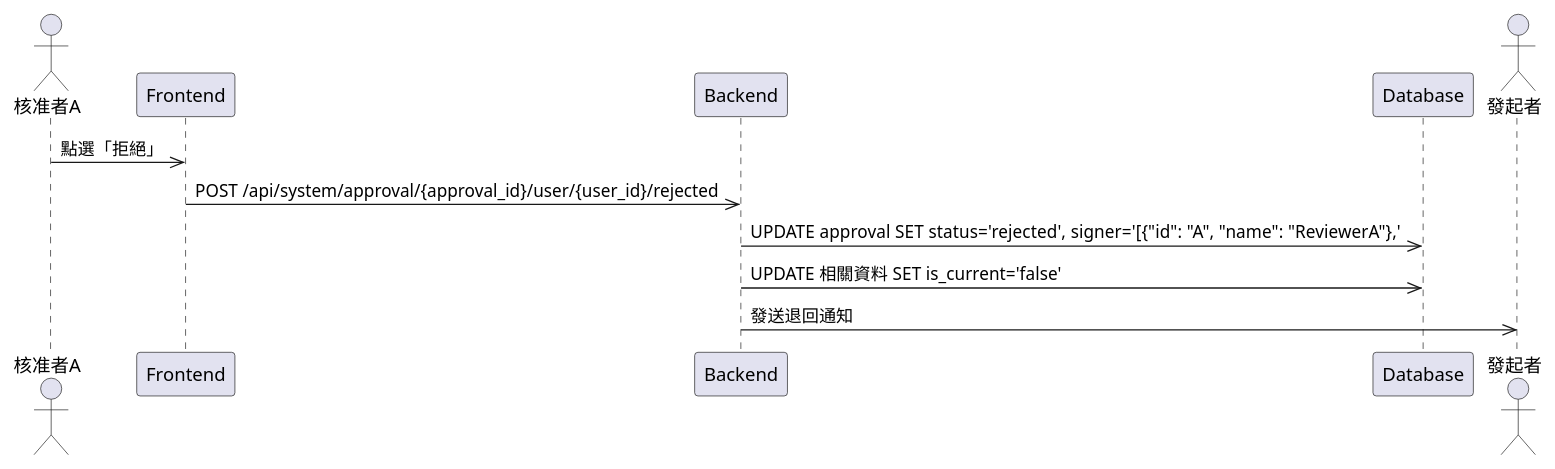
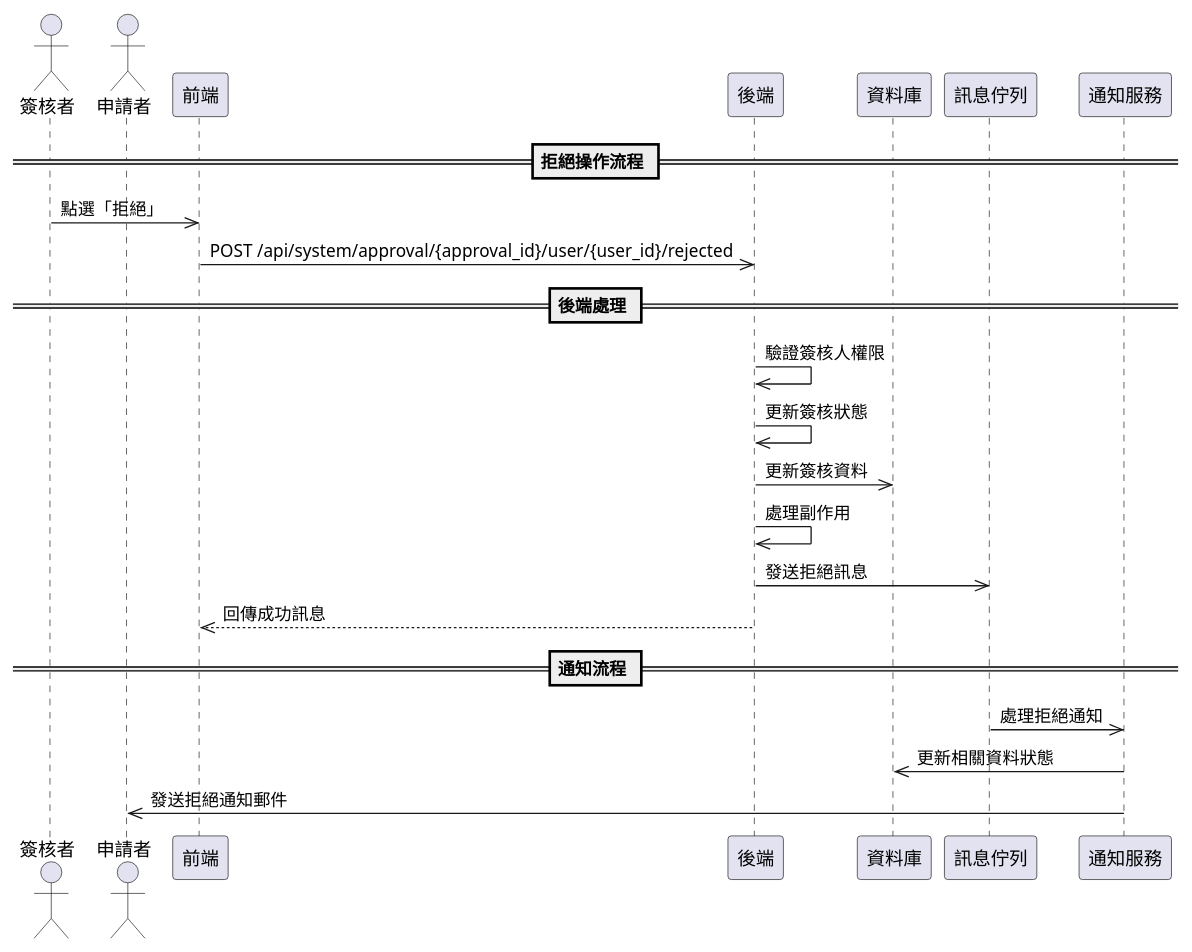
Before and after one commit to walle45611/NTUB_SecuManag_Diagram: the diagram in plantUML/sequence/approval_reject.puml, drawn with PlantUML. The commit also changed 1 other file, not shown here.

Commit message:
feat: 更新核准與拒絕流程圖，新增通知服務參與者並調整相關流程

```diff
--- a/plantUML/sequence/approval_reject.puml
+++ b/plantUML/sequence/approval_reject.puml
@@ -1,13 +1,27 @@
 @startuml
-actor ReviewerA as "核准者A"
-participant Frontend
-participant Backend
-participant Database
-actor User as "發起者"
+actor Reviewer as "簽核者"
+actor User as "申請者"
 
-ReviewerA ->> Frontend: 點選「拒絕」
+participant Frontend as "前端"
+participant Backend as "後端"
+participant Database as "資料庫"
+participant RabbitMQ as "訊息佇列"
+participant NotificationService as "通知服務"
+
+== 拒絕操作流程 ==
+Reviewer ->> Frontend: 點選「拒絕」
 Frontend ->> Backend: POST /api/system/approval/{approval_id}/user/{user_id}/rejected
-Backend ->> Database: UPDATE approval SET status='rejected', signer='[{"id": "A", "name": "ReviewerA"},'
-Backend ->> Database: UPDATE 相關資料 SET is_current='false'
-Backend ->> User: 發送退回通知
+
+== 後端處理 ==
+Backend ->> Backend: 驗證簽核人權限
+Backend ->> Backend: 更新簽核狀態
+Backend ->> Database: 更新簽核資料
+Backend ->> Backend: 處理副作用
+Backend ->> RabbitMQ: 發送拒絕訊息
+Backend -->> Frontend: 回傳成功訊息
+
+== 通知流程 ==
+RabbitMQ ->> NotificationService: 處理拒絕通知
+NotificationService ->> Database: 更新相關資料狀態
+NotificationService ->> User: 發送拒絕通知郵件
 @enduml
```
